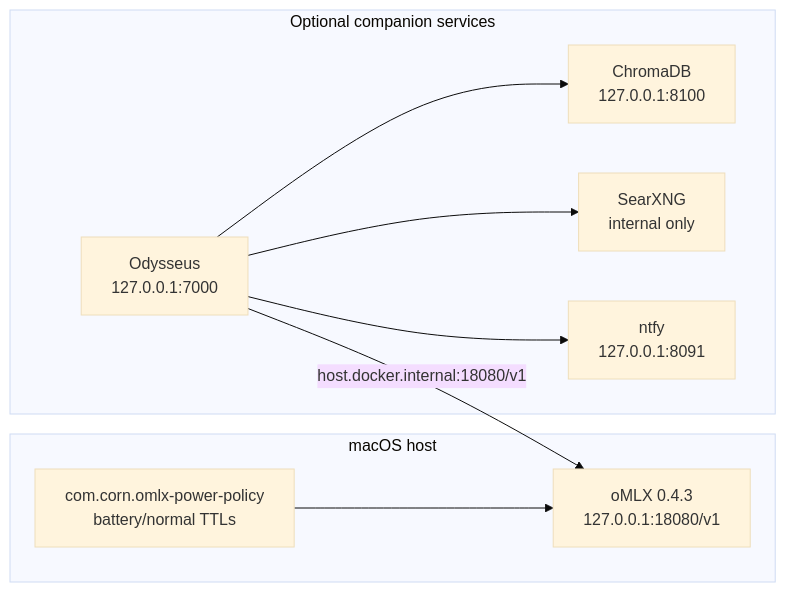
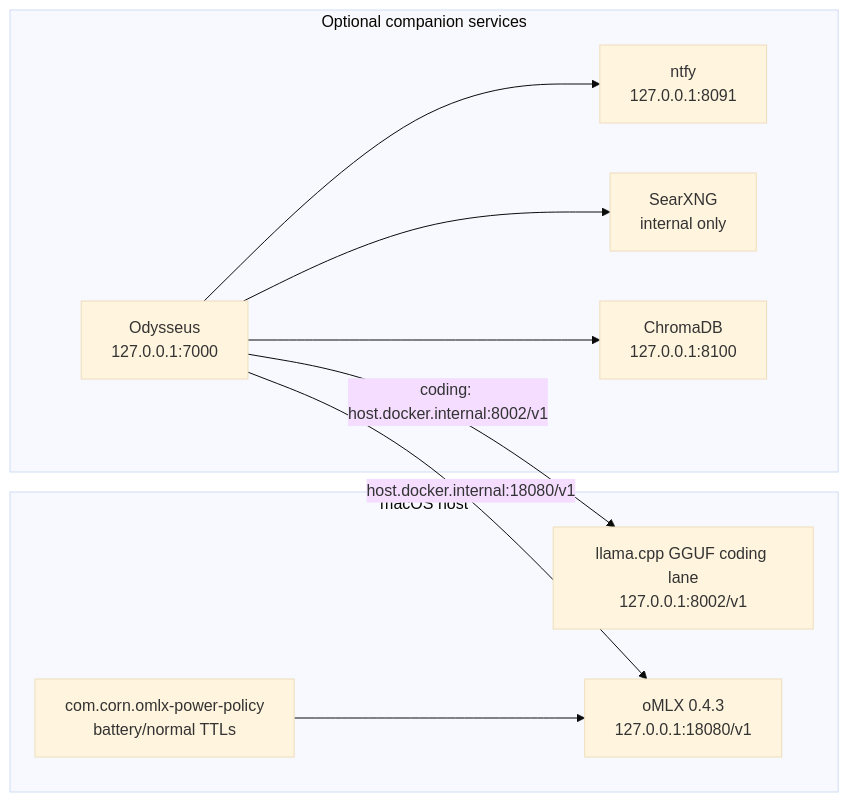
One commit to Thetromboneman1/macos-wireless-autoswitch changed the diagram in README.md. Above: the diagram before and after it, drawn with Mermaid (base theme). The commit also changed other lines of this file and 22 other files, not shown here.

````diff
--- a/README.md
+++ b/README.md
@@ -83,18 +84,20 @@
 ```mermaid
 flowchart LR
   subgraph Host["macOS host"]
     OMLX["oMLX 0.4.3<br/>127.0.0.1:18080/v1"]
+    GGUF["llama.cpp GGUF coding lane<br/>127.0.0.1:8002/v1"]
     Policy["com.corn.omlx-power-policy<br/>battery/normal TTLs"]
   end
   subgraph Docker["Optional companion services"]
     Odysseus["Odysseus<br/>127.0.0.1:7000"]
     Chroma["ChromaDB<br/>127.0.0.1:8100"]
     Searx["SearXNG<br/>internal only"]
     Ntfy["ntfy<br/>127.0.0.1:8091"]
   end
   Policy --> OMLX
   Odysseus -->|"host.docker.internal:18080/v1"| OMLX
+  Odysseus -->|"coding: host.docker.internal:8002/v1"| GGUF
   Odysseus --> Chroma
   Odysseus --> Searx
   Odysseus --> Ntfy
 ```
````
